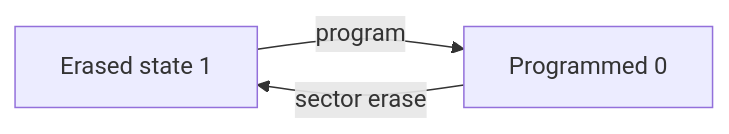
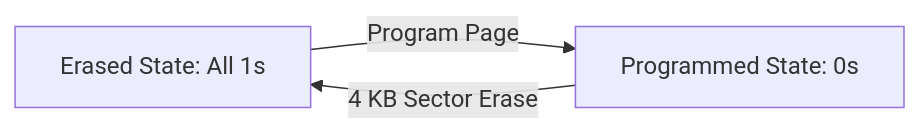
One commit to DevaBDM/SLF-EWN changed diagram 22 of 27 in Project/Challenges and Solutions.md. Above: the diagram before and after it, drawn with Mermaid. The commit also changed other lines of this file and 10 other files, not shown here.

````diff
--- a/Project/Challenges and Solutions.md
+++ b/Project/Challenges and Solutions.md
@@ -991,5 +912,5 @@
 ```mermaid
 flowchart LR
-  E[Erased state 1] -->|program| P[Programmed 0]
-  P -->|sector erase| E
+  E[Erased State: All 1s] -->|Program Page| P[Programmed State: 0s]
+  P -->|4 KB Sector Erase| E
 ```
````
